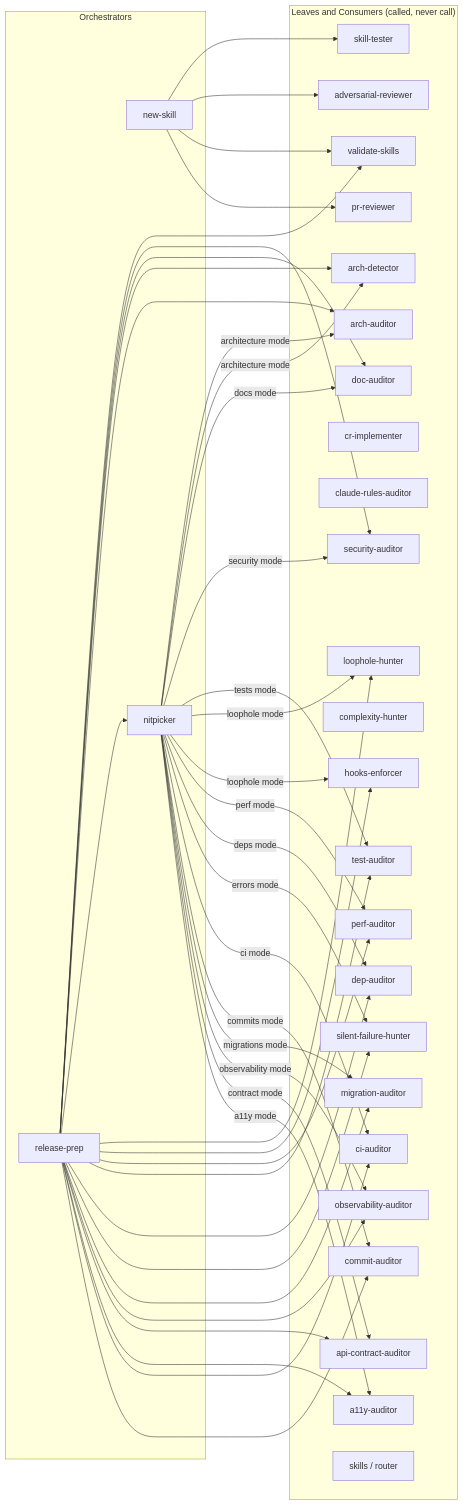
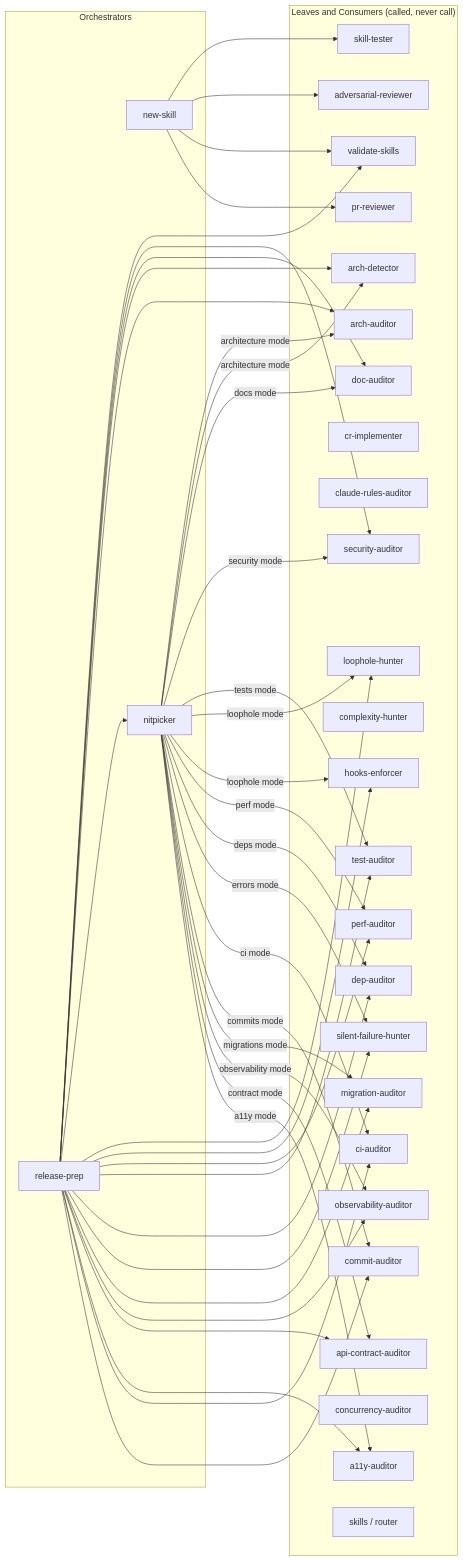
Before and after one commit to ivuorinen/skills: the sixth of 6 diagrams in .claude/skills/README.md, drawn with Mermaid. The commit also changed other lines of this file and 9 other files, not shown here.

First line of the commit message:
feat: add concurrency-auditor skill (#47)

````diff
--- a/.claude/skills/README.md
+++ b/.claude/skills/README.md
@@ -415,76 +425,77 @@
 ```mermaid
 graph LR
     subgraph orchestrators["Orchestrators"]
         NS[new-skill]
         RP[release-prep]
         NP[nitpicker]
     end
 
     subgraph leaves["Leaves and Consumers (called, never call)"]
         AR[adversarial-reviewer]
         VS[validate-skills]
         AD[arch-detector]
         AA[arch-auditor]
         DA[doc-auditor]
         PR[pr-reviewer]
         SA[security-auditor]
         CRI[cr-implementer]
         CRA[claude-rules-auditor]
         LH[loophole-hunter]
         HE[hooks-enforcer]
         CH[complexity-hunter]
         PA[perf-auditor]
         TA[test-auditor]
         DEP[dep-auditor]
         SFH[silent-failure-hunter]
         CIA[ci-auditor]
         CMA[commit-auditor]
         MA[migration-auditor]
         OBA[observability-auditor]
         ACA[api-contract-auditor]
         AY[a11y-auditor]
+        CC[concurrency-auditor]
         ST[skill-tester]
         SK[skills / router]
     end
 
     NS --> ST
     NS --> AR
     NS --> VS
     NS --> PR
 
     RP --> VS
     RP --> SA
     RP --> DA
     RP --> AD
     RP --> AA
     RP --> NP
     RP --> LH
     RP --> HE
     RP --> PA
     RP --> TA
     RP --> DEP
     RP --> SFH
     RP --> MA
     RP --> OBA
     RP --> ACA
     RP --> AY
     RP --> CIA
     RP --> CMA
 
     NP -->|architecture mode| AA
     NP -->|architecture mode| AD
     NP -->|docs mode| DA
     NP -->|security mode| SA
     NP -->|tests mode| TA
     NP -->|loophole mode| LH
     NP -->|loophole mode| HE
     NP -->|perf mode| PA
     NP -->|deps mode| DEP
     NP -->|errors mode| SFH
     NP -->|ci mode| CIA
     NP -->|commits mode| CMA
     NP -->|migrations mode| MA
     NP -->|observability mode| OBA
     NP -->|contract mode| ACA
     NP -->|a11y mode| AY
 ```
````
